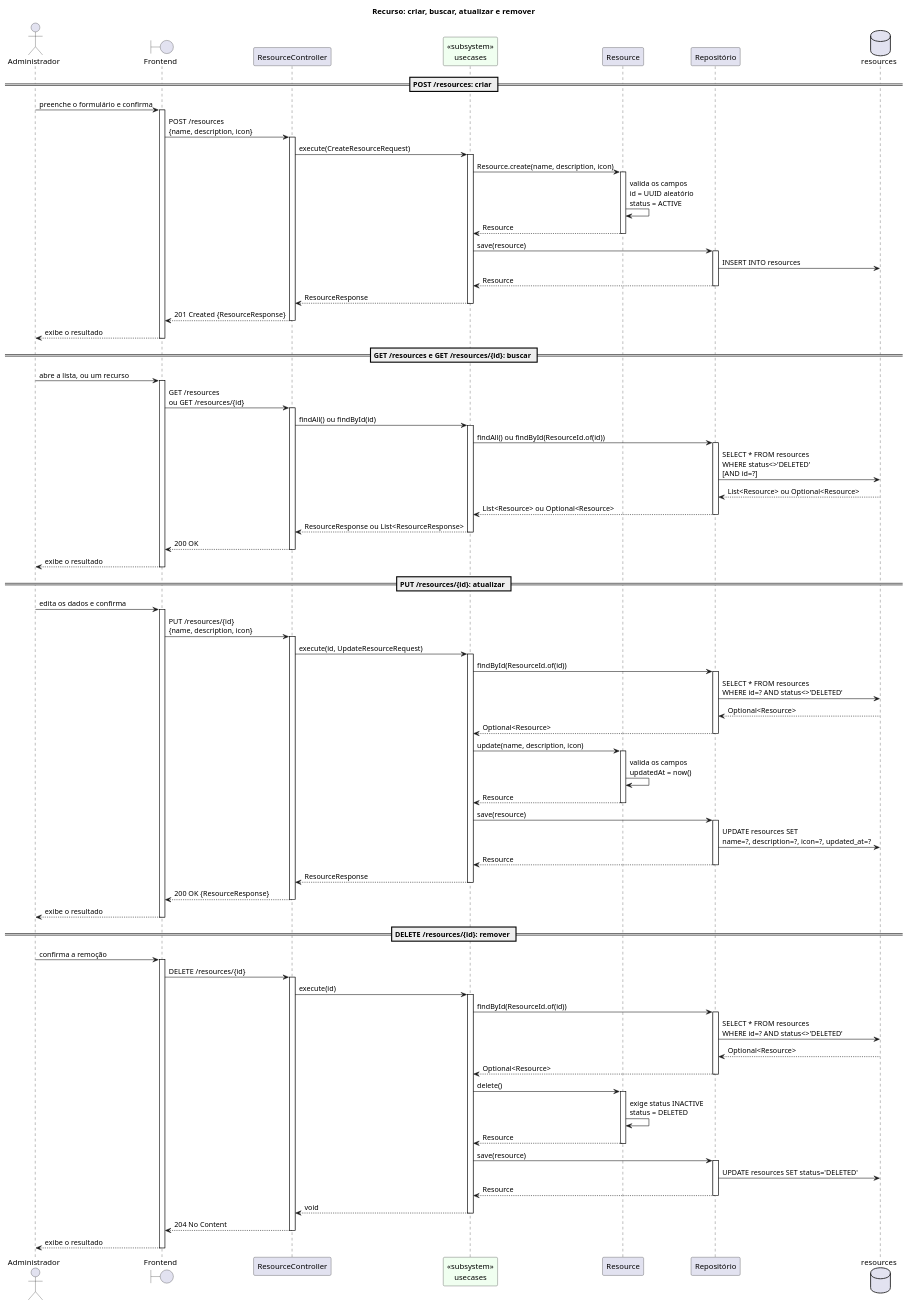
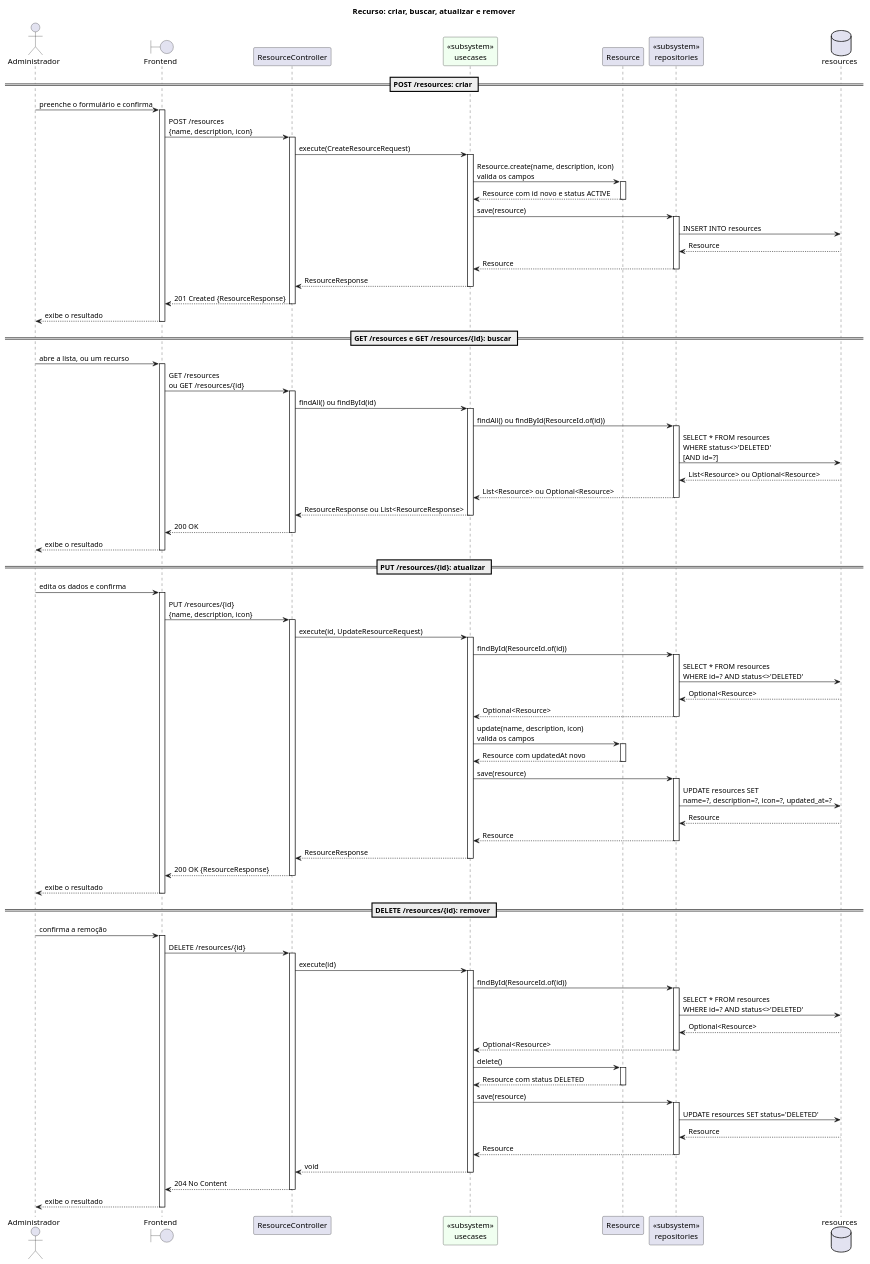
Before and after one commit to Neoguara/rooms-diagrams: the diagram in src/plantuml/sequencia/simples/resource.puml, drawn with PlantUML. The commit also changed 5 other files, not shown here.

```diff
--- a/src/plantuml/sequencia/simples/resource.puml
+++ b/src/plantuml/sequencia/simples/resource.puml
@@ -1,152 +1,152 @@
 @startuml resource_simples
 
 ' Recorte de recurso do módulo room, inteiro em um arquivo, no estilo simplista. Os
 ' diagramas completos continuam em sequencia/resource/, e é lá que estão os desvios.
 '
 ' Quatro cortes em relação a eles:
-'   1. ResourceRepositoryPort e ResourceRepositoryImpl viram um participante só.
+'   1. Porta e implementação viram um participante só, tipado como «subsystem».
 '   2. Só o caminho de sucesso. Nenhum alt: os erros (404, 422) estão nos diagramas
 '      completos, e as guardas de status estão em estado/resource_status.puml.
-'   3. Colaborador sem regra própria vira mensagem para si mesmo.
+'   3. Nenhuma mensagem para si mesmo: fluxo interno não é troca entre participantes.
 '   4. Ativação só em trecho reto, abrindo e fechando no mesmo nível.
 '
 ' A camada de caso de uso é uma raia só, tipada como «subsystem». Ela não representa uma
 ' classe: representa a camada. As classes estão em classe/simples/room/resource.puml.
 '
 ' O PATCH /resources/{id}/status fica de fora: as transições estão em
 ' estado/resource_status.puml.
 
 title Recurso: criar, buscar, atualizar e remover
 
 actor "Administrador" as Ator
 boundary "Frontend" as FE
 participant "ResourceController" as Ctrl
 
 participant "<<subsystem>>\nusecases" as UC #F0FFF0
 
 participant "Resource" as Entity
-participant "Repositório" as Repo
+participant "<<subsystem>>\nrepositories" as Repo
 database "resources" as DB
 
 == POST /resources: criar ==
 
 Ator -> FE: preenche o formulário e confirma
 activate FE
 FE -> Ctrl: POST /resources\n{name, description, icon}
 activate Ctrl
 Ctrl -> UC: execute(CreateResourceRequest)
 activate UC
 
-UC -> Entity: Resource.create(name, description, icon)
+UC -> Entity: Resource.create(name, description, icon)\nvalida os campos
 activate Entity
-Entity -> Entity: valida os campos\nid = UUID aleatório\nstatus = ACTIVE
-Entity --> UC: Resource
+Entity --> UC: Resource com id novo e status ACTIVE
 deactivate Entity
 
 UC -> Repo: save(resource)
 activate Repo
 Repo -> DB: INSERT INTO resources
+DB --> Repo: Resource
 Repo --> UC: Resource
 deactivate Repo
 
 UC --> Ctrl: ResourceResponse
 deactivate UC
 Ctrl --> FE: 201 Created {ResourceResponse}
 deactivate Ctrl
 FE --> Ator: exibe o resultado
 deactivate FE
 
 == GET /resources e GET /resources/{id}: buscar ==
 
 Ator -> FE: abre a lista, ou um recurso
 activate FE
 FE -> Ctrl: GET /resources\nou GET /resources/{id}
 activate Ctrl
 Ctrl -> UC: findAll() ou findById(id)
 activate UC
 
 UC -> Repo: findAll() ou findById(ResourceId.of(id))
 activate Repo
 Repo -> DB: SELECT * FROM resources\nWHERE status<>'DELETED'\n[AND id=?]
 DB --> Repo: List<Resource> ou Optional<Resource>
 Repo --> UC: List<Resource> ou Optional<Resource>
 deactivate Repo
 
 UC --> Ctrl: ResourceResponse ou List<ResourceResponse>
 deactivate UC
 Ctrl --> FE: 200 OK
 deactivate Ctrl
 FE --> Ator: exibe o resultado
 deactivate FE
 
 == PUT /resources/{id}: atualizar ==
 
 Ator -> FE: edita os dados e confirma
 activate FE
 FE -> Ctrl: PUT /resources/{id}\n{name, description, icon}
 activate Ctrl
 Ctrl -> UC: execute(id, UpdateResourceRequest)
 activate UC
 
 UC -> Repo: findById(ResourceId.of(id))
 activate Repo
 Repo -> DB: SELECT * FROM resources\nWHERE id=? AND status<>'DELETED'
 DB --> Repo: Optional<Resource>
 Repo --> UC: Optional<Resource>
 deactivate Repo
 
-UC -> Entity: update(name, description, icon)
+UC -> Entity: update(name, description, icon)\nvalida os campos
 activate Entity
-Entity -> Entity: valida os campos\nupdatedAt = now()
-Entity --> UC: Resource
+Entity --> UC: Resource com updatedAt novo
 deactivate Entity
 
 UC -> Repo: save(resource)
 activate Repo
 Repo -> DB: UPDATE resources SET\nname=?, description=?, icon=?, updated_at=?
+DB --> Repo: Resource
 Repo --> UC: Resource
 deactivate Repo
 
 UC --> Ctrl: ResourceResponse
 deactivate UC
 Ctrl --> FE: 200 OK {ResourceResponse}
 deactivate Ctrl
 FE --> Ator: exibe o resultado
 deactivate FE
 
 == DELETE /resources/{id}: remover ==
 
 Ator -> FE: confirma a remoção
 activate FE
 FE -> Ctrl: DELETE /resources/{id}
 activate Ctrl
 Ctrl -> UC: execute(id)
 activate UC
 
 UC -> Repo: findById(ResourceId.of(id))
 activate Repo
 Repo -> DB: SELECT * FROM resources\nWHERE id=? AND status<>'DELETED'
 DB --> Repo: Optional<Resource>
 Repo --> UC: Optional<Resource>
 deactivate Repo
 
 UC -> Entity: delete()
 activate Entity
-Entity -> Entity: exige status INACTIVE\nstatus = DELETED
-Entity --> UC: Resource
+Entity --> UC: Resource com status DELETED
 deactivate Entity
 
 UC -> Repo: save(resource)
 activate Repo
 Repo -> DB: UPDATE resources SET status='DELETED'
+DB --> Repo: Resource
 Repo --> UC: Resource
 deactivate Repo
 
 UC --> Ctrl: void
 deactivate UC
 Ctrl --> FE: 204 No Content
 deactivate Ctrl
 FE --> Ator: exibe o resultado
 deactivate FE
 
 @enduml
```
